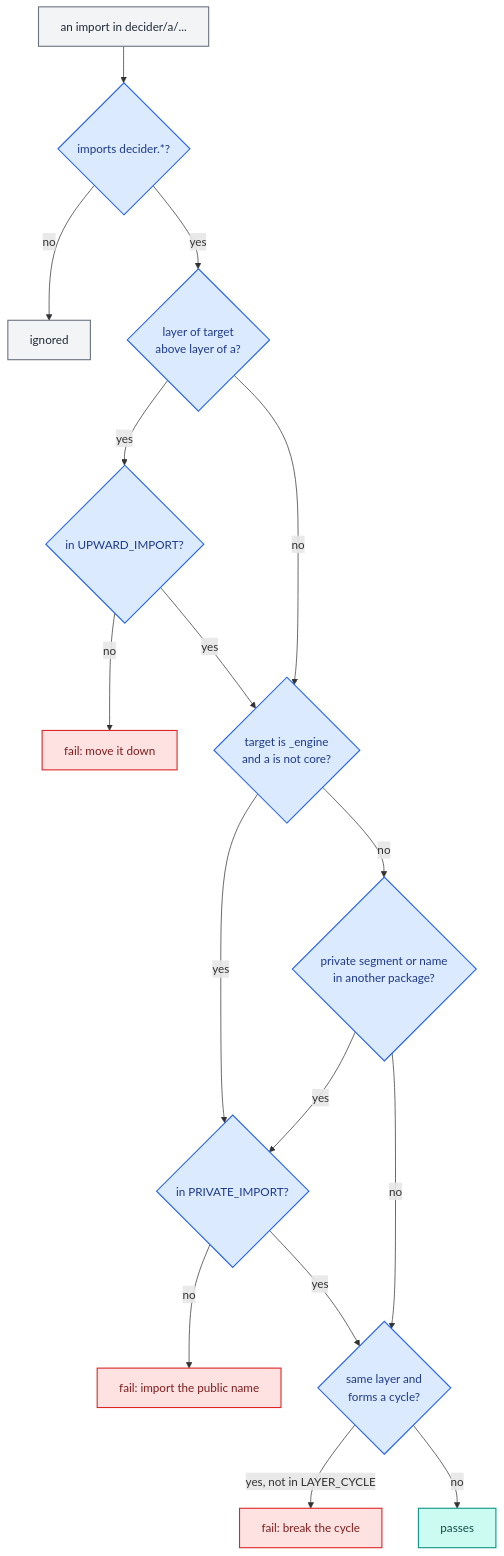
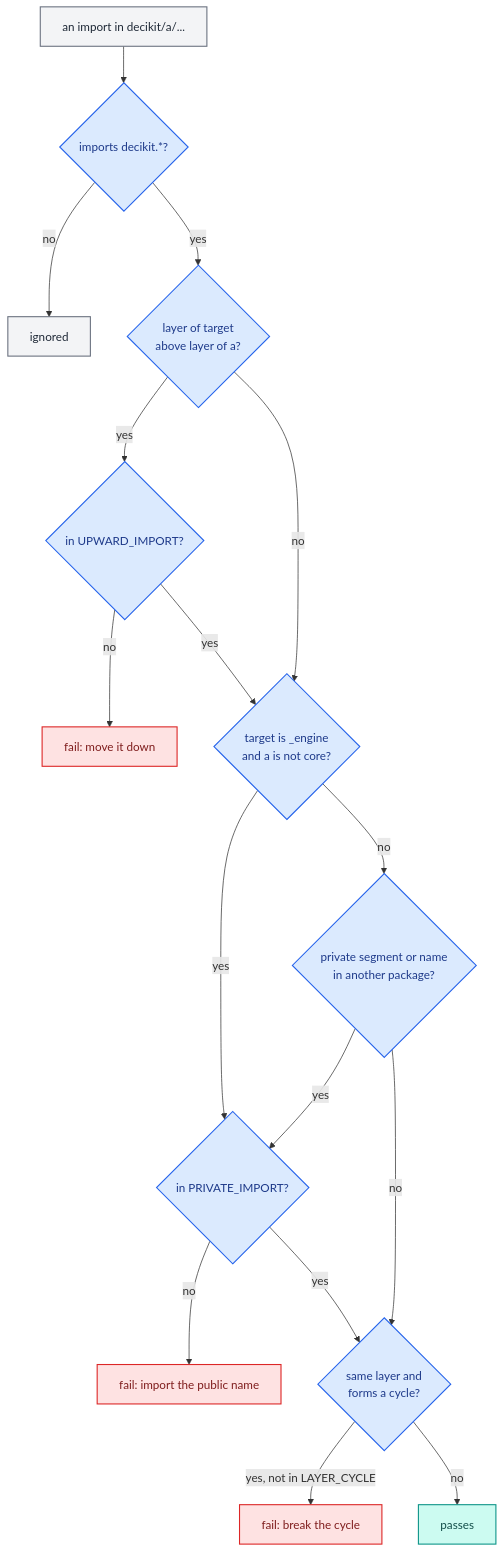
Before and after one commit to capitec/dsp-decision-engine: the second of 3 diagrams in docs/architecture/package-layout.md, drawn with Mermaid. The commit also changed other lines of this file and 1292 other files, not shown here.

Commit message:
rename decider to decikit: package, CLI, DECIKIT_* settings, plugin, extension, docs prose says decider toolkit

````diff
--- a/docs/architecture/package-layout.md
+++ b/docs/architecture/package-layout.md
@@ -313,22 +313,22 @@
 ```mermaid
 flowchart TB
-    imp["an import in decider/a/..."]:::neutral --> isdec{"imports decider.*?"}:::ir
+    imp["an import in decikit/a/..."]:::neutral --> isdec{"imports decikit.*?"}:::ir
     isdec -->|no| ok["ignored"]:::neutral
     isdec -->|yes| up{"layer of target<br/>above layer of a?"}:::ir
     up -->|yes| upa{"in UPWARD_IMPORT?"}:::ir
     upa -->|no| fail1["fail: move it down"]:::error
     upa -->|yes| eng
     up -->|no| eng{"target is _engine<br/>and a is not core?"}:::ir
     eng -->|yes| pa{"in PRIVATE_IMPORT?"}:::ir
     eng -->|no| priv{"private segment or name<br/>in another package?"}:::ir
     priv -->|yes| pa
     priv -->|no| cyc{"same layer and<br/>forms a cycle?"}:::ir
     pa -->|no| fail2["fail: import the public name"]:::error
     pa -->|yes| cyc
     cyc -->|yes, not in LAYER_CYCLE| fail3["fail: break the cycle"]:::error
     cyc -->|no| pass["passes"]:::engine
     classDef ir fill:#dbeafe,stroke:#2563eb,color:#1e3a8a,stroke-width:1.5px;
     classDef engine fill:#ccfbf1,stroke:#0d9488,color:#134e4a,stroke-width:1.5px;
     classDef error fill:#fee2e2,stroke:#dc2626,color:#7f1d1d,stroke-width:1.5px;
     classDef neutral fill:#f3f4f6,stroke:#6b7280,color:#1f2937,stroke-width:1.5px;
 ```
````
